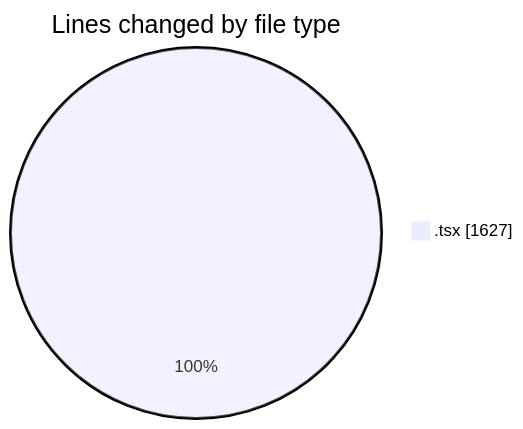
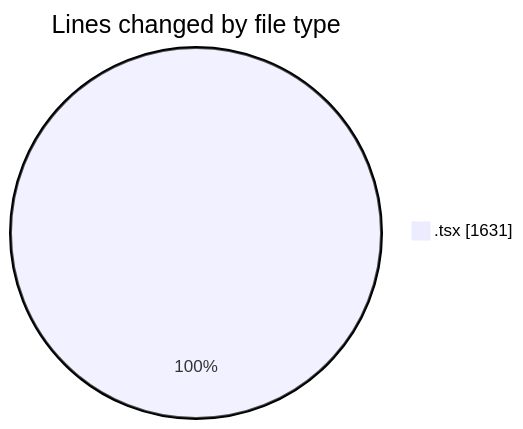
Before and after one commit to momahboobian/code-tracking: the first of 2 diagrams in 2025-09-24/cda/README.md, drawn with Mermaid. The commit also changed other lines of this file and 1 other file, not shown here.

````diff
--- a/2025-09-24/cda/README.md
+++ b/2025-09-24/cda/README.md
@@ -22,5 +22,5 @@
 ```mermaid
 pie showData
 title Lines changed by file type
-".tsx" : 1627
+".tsx" : 1631
 ```
````
